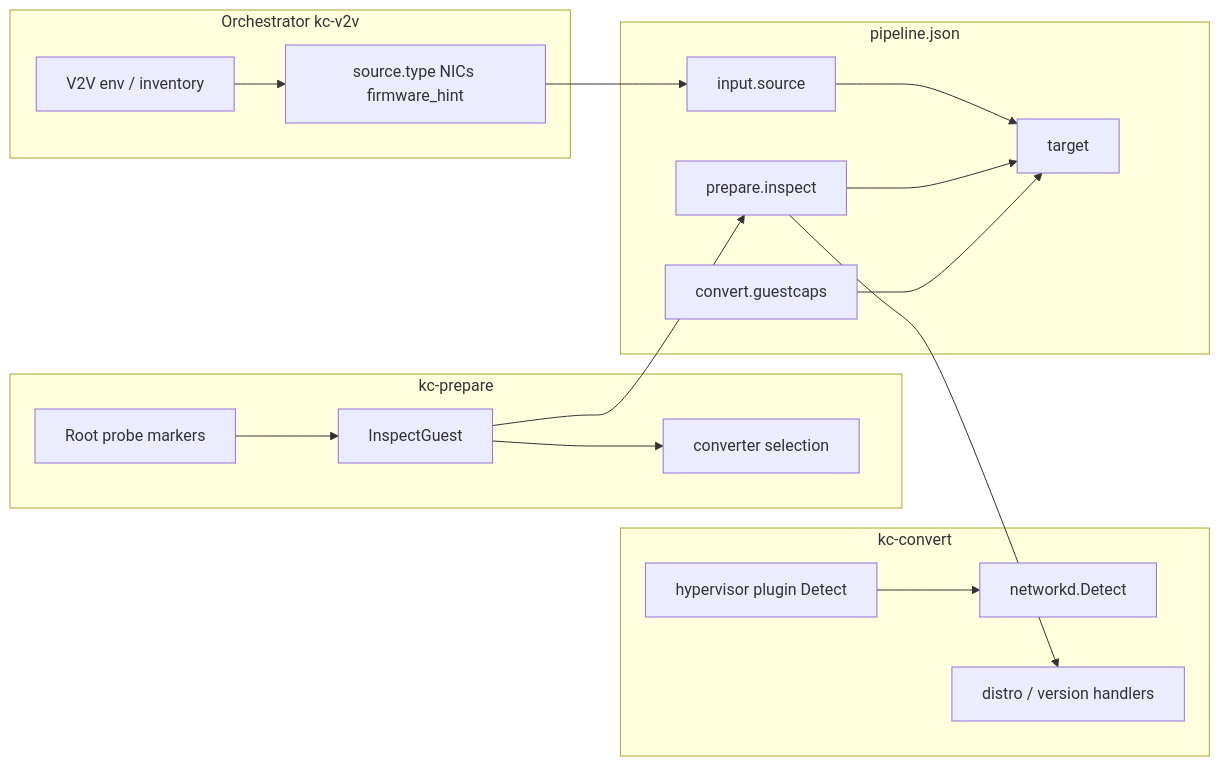
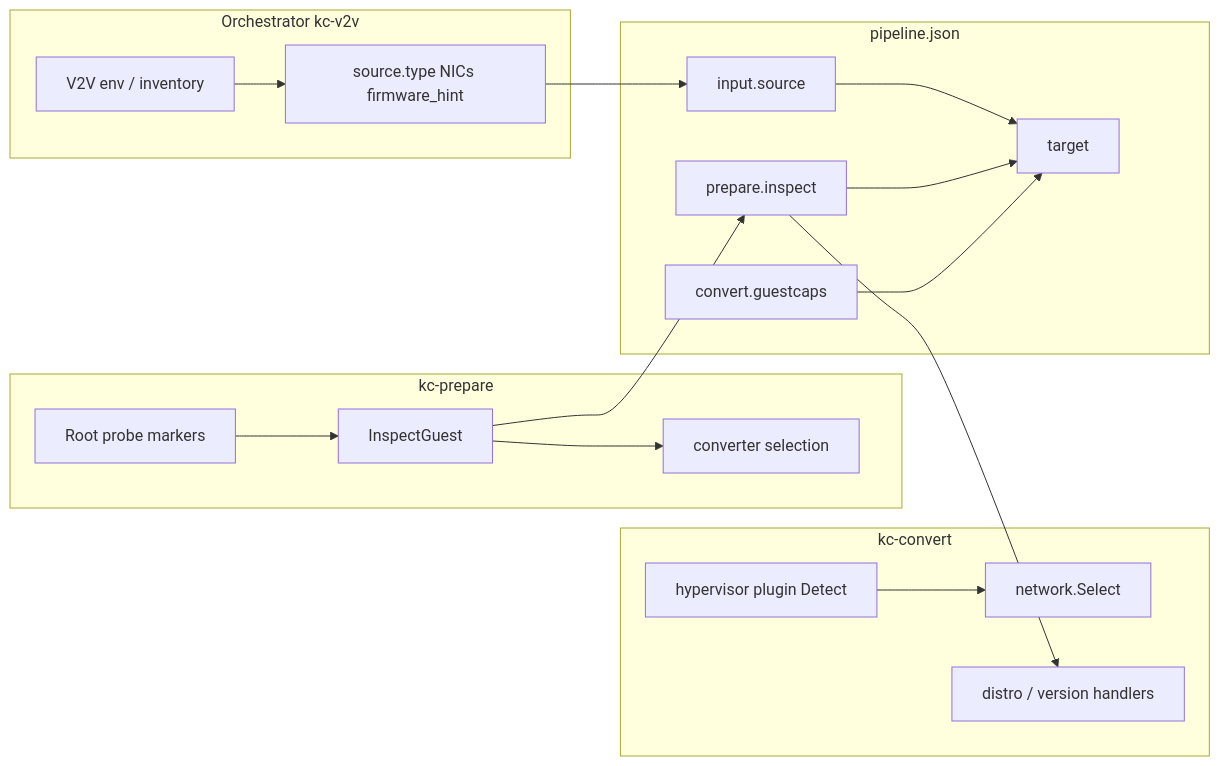
The diagram in docs/architecture/conversion-dimensions.md (yaacov/kc-utils), drawn with Mermaid before and after one commit. The commit also changed other lines of this file and 22 other files, not shown here.

````diff
--- a/docs/architecture/conversion-dimensions.md
+++ b/docs/architecture/conversion-dimensions.md
@@ -68,35 +68,35 @@
 ```mermaid
 flowchart LR
   subgraph orchestrator [Orchestrator kc-v2v]
     Env[V2V env / inventory]
     SourceMeta[source.type NICs firmware_hint]
   end
 
   subgraph prepare [kc-prepare]
     RootProbe[Root probe markers]
     InspectGuest[InspectGuest]
     SelectConv[converter selection]
   end
 
   subgraph convert [kc-convert]
     HVCleanup[hypervisor plugin Detect]
-    NetDetect[networkd.Detect]
+    NetDetect[network.Select]
     DistroHandler[distro / version handlers]
   end
 
   subgraph json [pipeline.json]
     Input[input.source]
     PrepInspect[prepare.inspect]
     ConvOut[convert.guestcaps]
     Target[target]
   end
 
   Env --> SourceMeta --> Input
   RootProbe --> InspectGuest --> PrepInspect
   InspectGuest --> SelectConv
   PrepInspect --> DistroHandler
   HVCleanup --> NetDetect
   Input --> Target
   PrepInspect --> Target
   ConvOut --> Target
 ```
````
